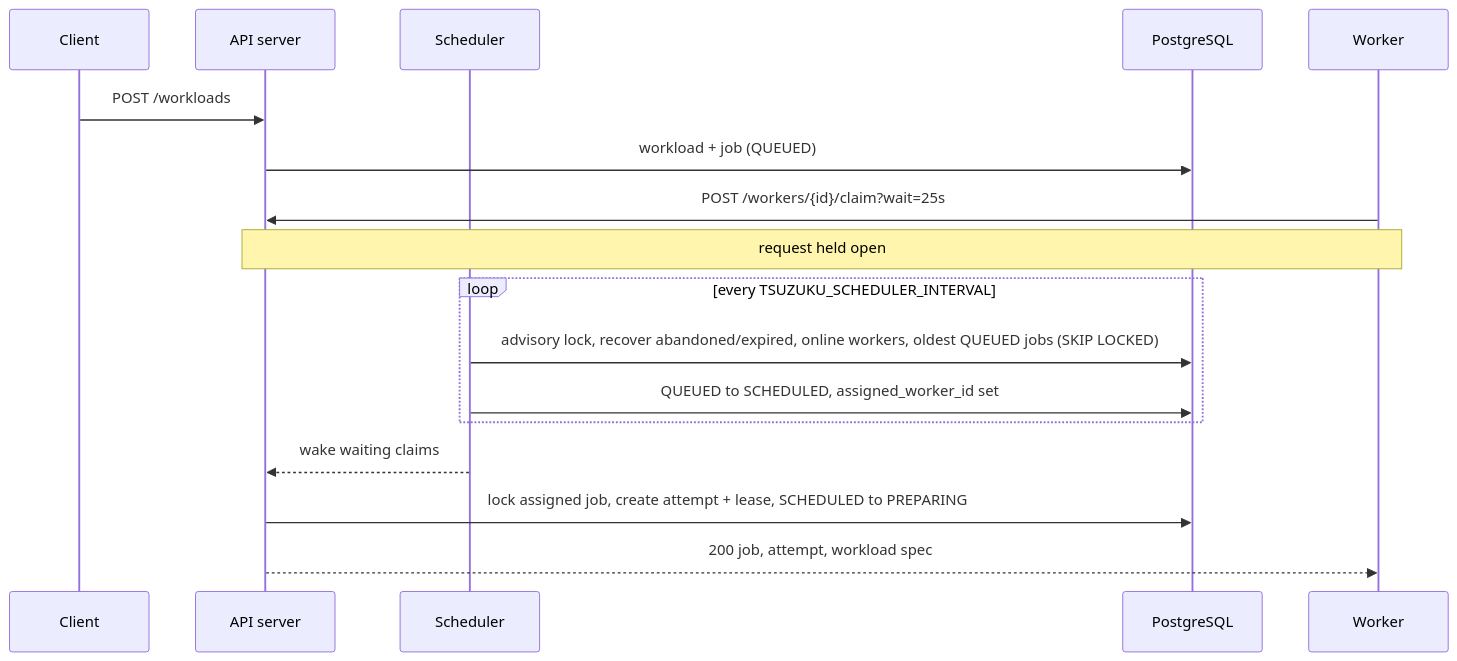
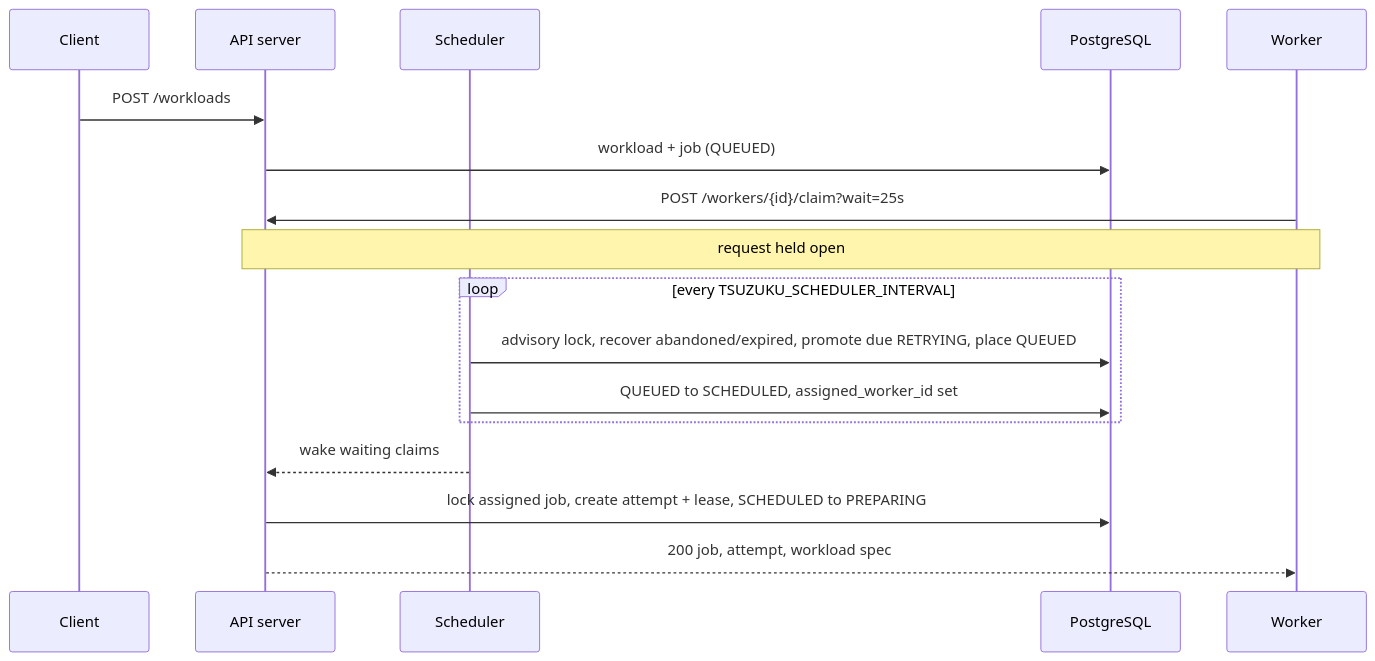
Before and after one commit to Khantdotcom/Tsuzuku-Runner: the third of 7 diagrams in docs/architecture.md, drawn with Mermaid. The commit also changed other lines of this file and 57 other files, not shown here.

````diff
--- a/docs/architecture.md
+++ b/docs/architecture.md
@@ -144,19 +153,19 @@
 ```mermaid
 sequenceDiagram
     participant C as Client
     participant A as API server
     participant S as Scheduler
     participant DB as PostgreSQL
     participant W as Worker
     C->>A: POST /workloads
     A->>DB: workload + job (QUEUED)
     W->>A: POST /workers/{id}/claim?wait=25s
     Note over A,W: request held open
     loop every TSUZUKU_SCHEDULER_INTERVAL
-        S->>DB: advisory lock, recover abandoned/expired, online workers, oldest QUEUED jobs (SKIP LOCKED)
+        S->>DB: advisory lock, recover abandoned/expired, promote due RETRYING, place QUEUED
         S->>DB: QUEUED to SCHEDULED, assigned_worker_id set
     end
     S-->>A: wake waiting claims
     A->>DB: lock assigned job, create attempt + lease, SCHEDULED to PREPARING
     A-->>W: 200 job, attempt, workload spec
 ```
````
